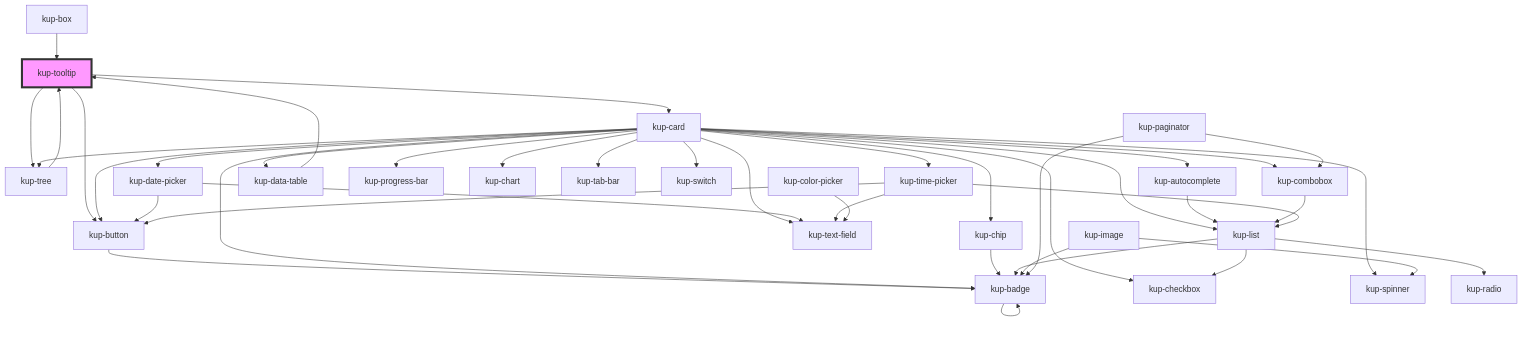
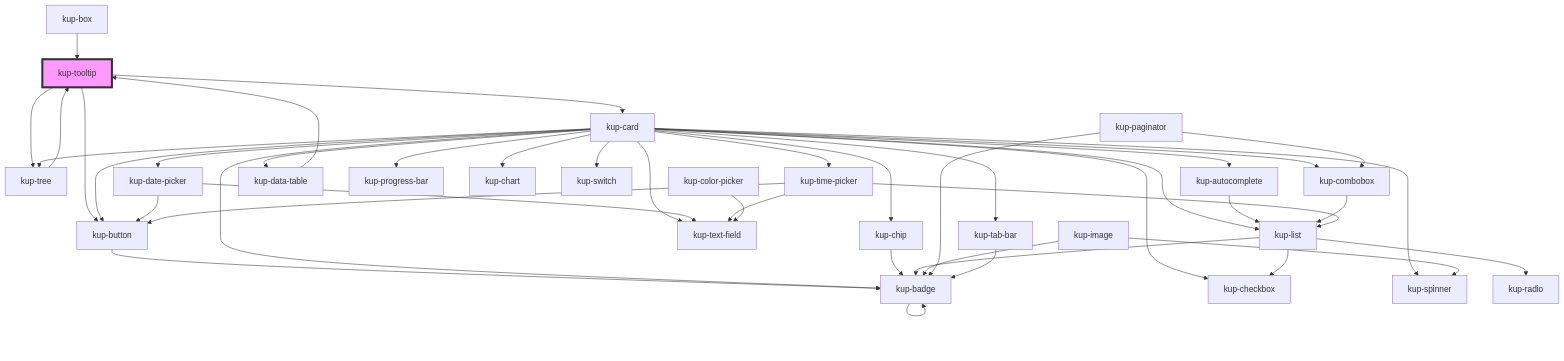
The diagram in packages/ketchup/src/components/kup-tooltip/readme.md (smeup/ketchup), drawn with Mermaid before and after one commit. The commit also changed 18 other files, not shown here.

Commit message:
Tab bar: small refactoring (cleaner code).

````diff
--- a/packages/ketchup/src/components/kup-tooltip/readme.md
+++ b/packages/ketchup/src/components/kup-tooltip/readme.md
@@ -96,45 +96,46 @@
 ```mermaid
 graph TD;
   kup-tooltip --> kup-button
   kup-tooltip --> kup-card
   kup-tooltip --> kup-tree
   kup-button --> kup-badge
   kup-badge --> kup-badge
   kup-card --> kup-chip
   kup-card --> kup-badge
   kup-card --> kup-autocomplete
   kup-card --> kup-button
   kup-card --> kup-checkbox
   kup-card --> kup-combobox
   kup-card --> kup-date-picker
   kup-card --> kup-text-field
   kup-card --> kup-time-picker
   kup-card --> kup-data-table
   kup-card --> kup-list
   kup-card --> kup-progress-bar
   kup-card --> kup-chart
   kup-card --> kup-spinner
   kup-card --> kup-tab-bar
   kup-card --> kup-tree
   kup-card --> kup-switch
   kup-chip --> kup-badge
   kup-autocomplete --> kup-list
   kup-list --> kup-radio
   kup-list --> kup-checkbox
   kup-list --> kup-badge
   kup-combobox --> kup-list
   kup-date-picker --> kup-text-field
   kup-date-picker --> kup-button
   kup-time-picker --> kup-text-field
   kup-time-picker --> kup-button
   kup-time-picker --> kup-list
   kup-data-table --> kup-tooltip
   kup-image --> kup-spinner
   kup-image --> kup-badge
   kup-color-picker --> kup-text-field
   kup-paginator --> kup-combobox
   kup-paginator --> kup-badge
+  kup-tab-bar --> kup-badge
   kup-tree --> kup-tooltip
   kup-box --> kup-tooltip
   style kup-tooltip fill:#f9f,stroke:#333,stroke-width:4px
 ```
````
